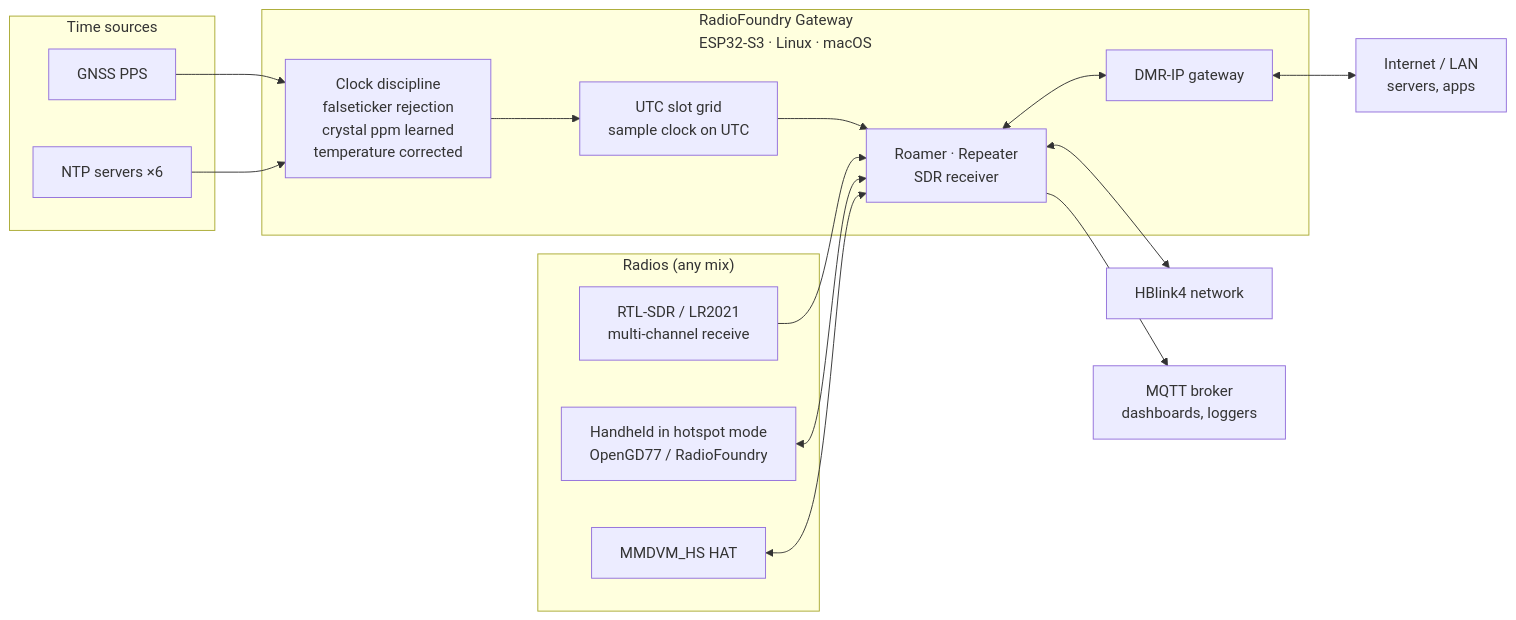
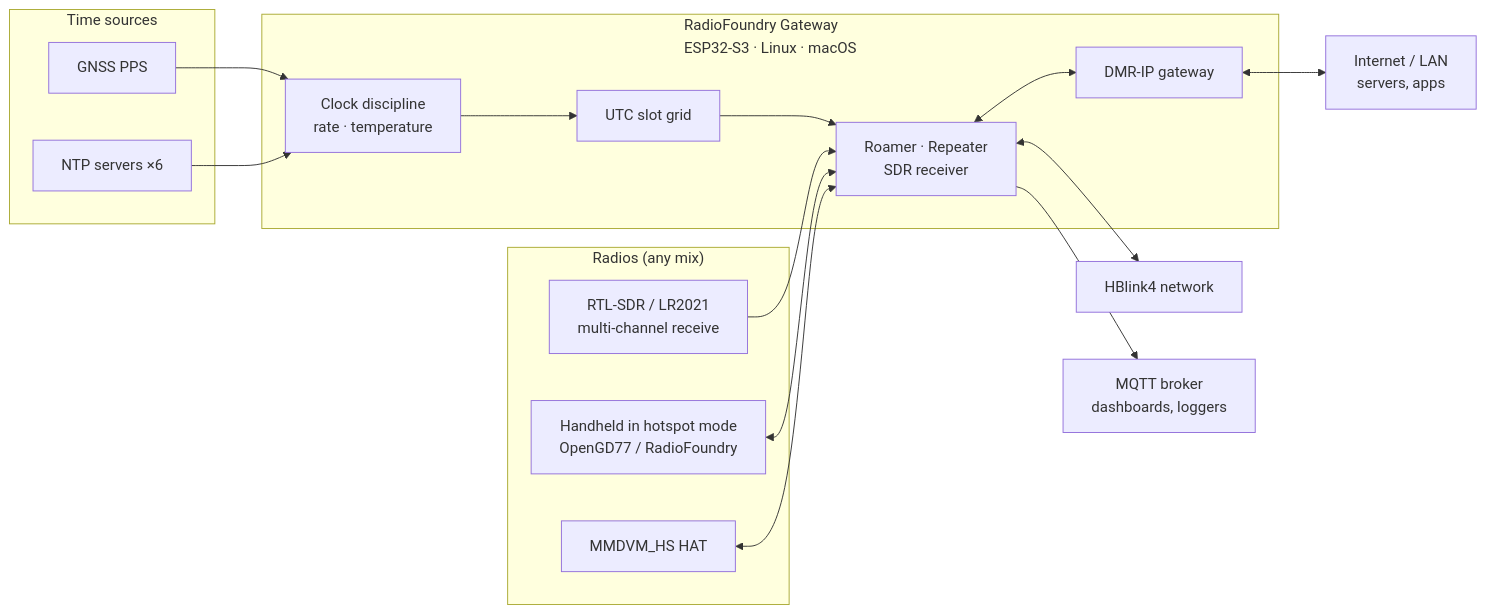
Before and after one commit to RadioFoundry/RadioFoundryGateway: the diagram in README.md, drawn with Mermaid. The commit also changed 4 other files, not shown here.

Commit message:
CI: the ipgw chain test's open hook took the wrong context; RadioFoundry ref on a public commit; shorter diagram boxes

````diff
--- a/README.md
+++ b/README.md
@@ -21,28 +21,28 @@
 ```mermaid
 flowchart LR
     subgraph Radios["Radios (any mix)"]
         SDR["RTL-SDR / LR2021<br/>multi-channel receive"]
         HS["Handheld in hotspot mode<br/>OpenGD77 / RadioFoundry"]
         HAT["MMDVM_HS HAT"]
     end
     subgraph Time["Time sources"]
         PPS["GNSS PPS"]
         NTP["NTP servers ×6"]
     end
     subgraph GW["RadioFoundry Gateway<br/>ESP32-S3 · Linux · macOS"]
-        CLK["Clock discipline<br/>falseticker rejection<br/>crystal ppm learned<br/>temperature corrected"]
-        GRID["UTC slot grid<br/>sample clock on UTC"]
+        CLK["Clock discipline<br/>rate · temperature"]
+        GRID["UTC slot grid"]
         R["Roamer · Repeater<br/>SDR receiver"]
         IP["DMR-IP gateway"]
     end
     PPS --> CLK
     NTP --> CLK
     CLK --> GRID --> R
     SDR --> R
     HS <--> R
     HAT <--> R
     R <--> HB["HBlink4 network"]
     R --> MQ["MQTT broker<br/>dashboards, loggers"]
     R <--> IP
     IP <--> NET["Internet / LAN<br/>servers, apps"]
 ```
````
